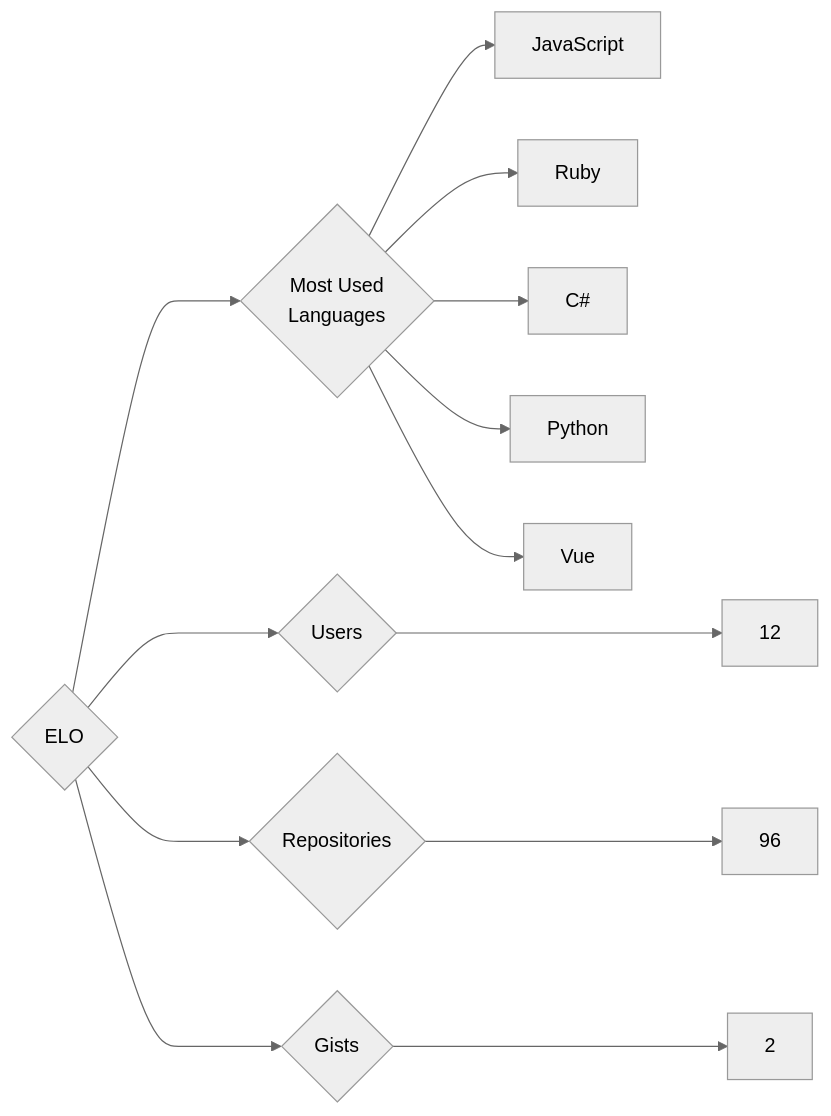
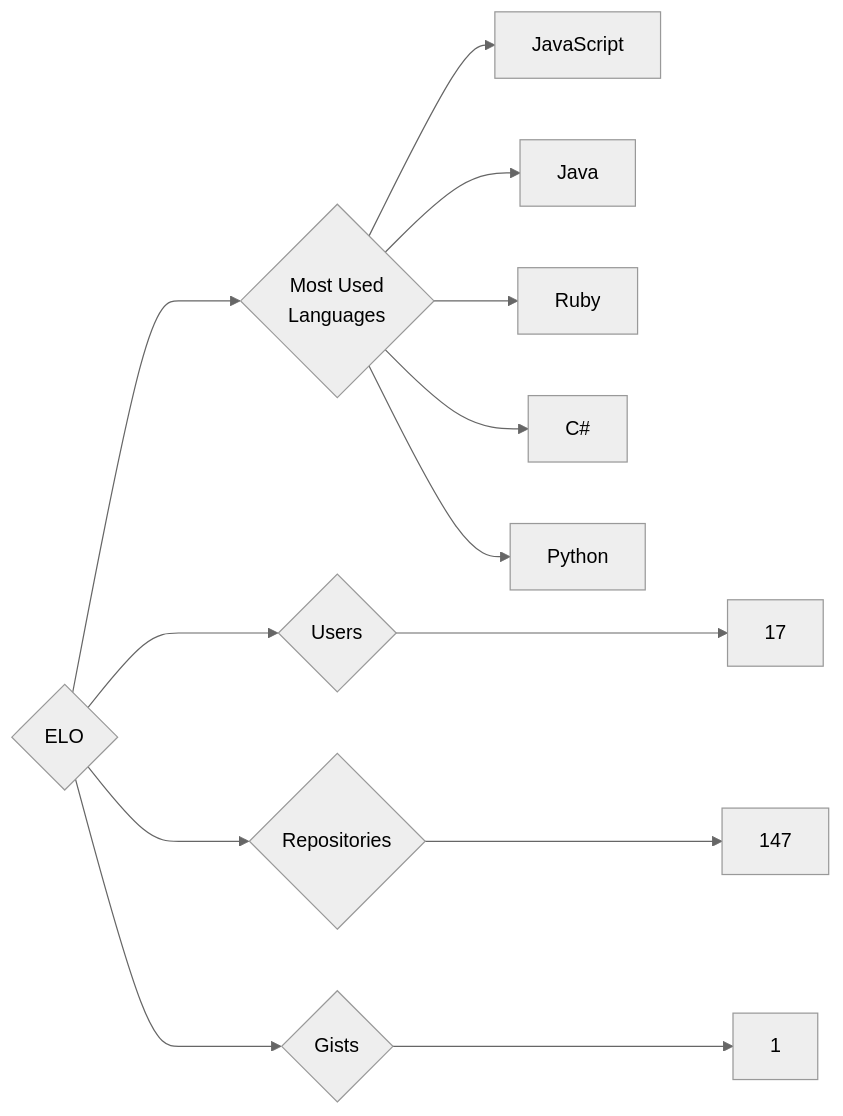
Before and after one commit to trickest/insiders: the diagram in targets/ELO/README.md, drawn with Mermaid (neutral theme). The commit also changed 749 other files, not shown here.

````diff
--- a/targets/ELO/README.md
+++ b/targets/ELO/README.md
@@ -3,13 +3,13 @@
 ```mermaid
 graph LR
 COMPANY_NAME{ELO}
-COMPANY_NAME ---> U{Users} ---> UN[12]
-COMPANY_NAME ---> R{Repositories} ---> RN[96]
-COMPANY_NAME ---> G{Gists} ---> GN[2]
+COMPANY_NAME ---> U{Users} ---> UN[17]
+COMPANY_NAME ---> R{Repositories} ---> RN[147]
+COMPANY_NAME ---> G{Gists} ---> GN[1]
 COMPANY_NAME ---> ML{Most Used<br>Languages}
 ML --> JavaScript[JavaScript]
+ML --> Java[Java]
 ML --> Ruby[Ruby]
 ML --> C#[C#]
 ML --> Python[Python]
-ML --> Vue[Vue]
 ```
````
